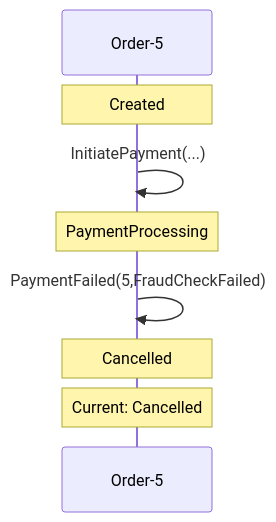
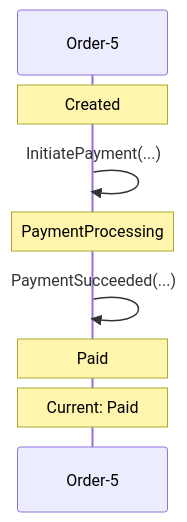
One commit to Iterable/mechanoid changed the second of 3 diagrams in docs/visualizations/order-5-trace.md. Above: the diagram before and after it, drawn with Mermaid. The commit also changed other lines of this file and 23 other files, not shown here.

````diff
--- a/docs/visualizations/order-5-trace.md
+++ b/docs/visualizations/order-5-trace.md
@@ -32,10 +45,10 @@
 ```mermaid
 sequenceDiagram
     participant FSM as Order-5
     Note over FSM: Created
     FSM->>FSM: InitiatePayment(...)
     Note over FSM: PaymentProcessing
-    FSM->>FSM: PaymentFailed(5,FraudCheckFailed)
-    Note over FSM: Cancelled
-    Note over FSM: Current: Cancelled
+    FSM->>FSM: PaymentSucceeded(...)
+    Note over FSM: Paid
+    Note over FSM: Current: Paid
 ```
````
